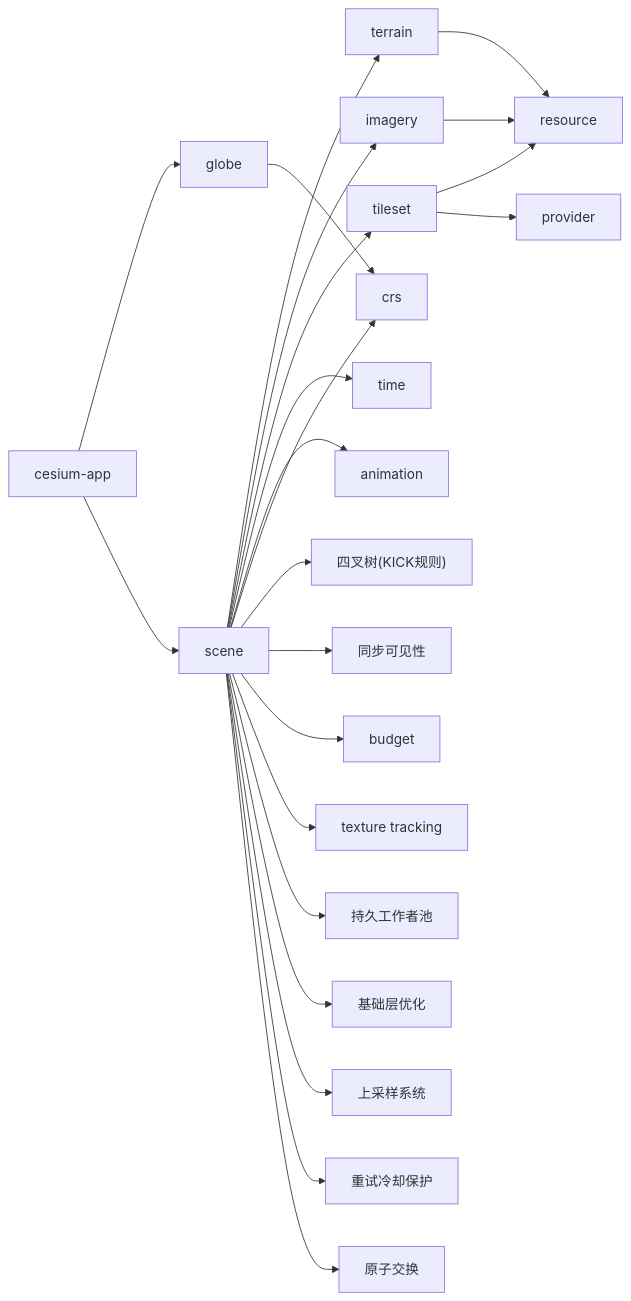
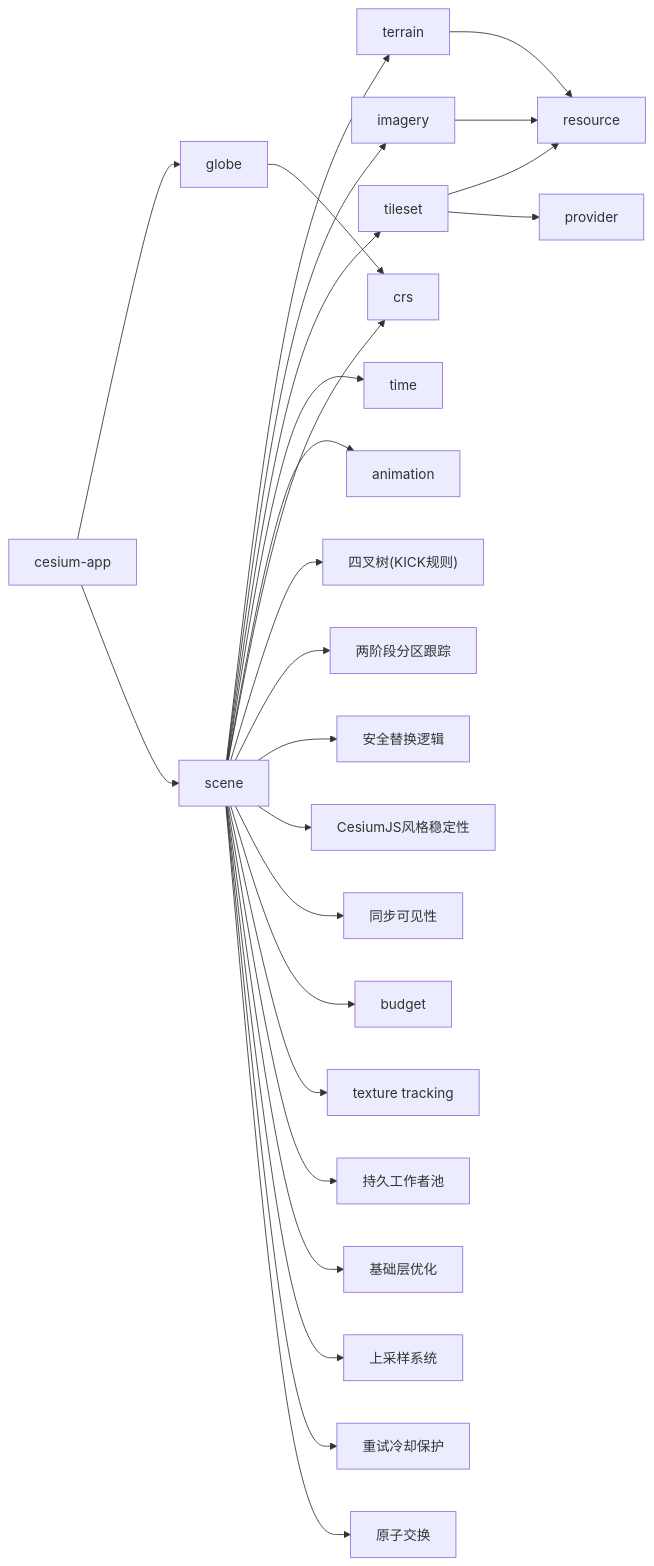
Diagram 25 of 25 in .qoder/repowiki/zh/content/核心概念/渲染管线与场景图/动态地球渲染系统.md (rzhangjing/cesium), drawn with Mermaid before and after one commit. The commit also changed other lines of this file and 407 other files, not shown here.

````diff
--- a/.qoder/repowiki/zh/content/核心概念/渲染管线与场景图/动态地球渲染系统.md
+++ b/.qoder/repowiki/zh/content/核心概念/渲染管线与场景图/动态地球渲染系统.md
@@ -859,25 +965,28 @@
 ```mermaid
 graph LR
 App["cesium-app"] --> DomainGlobe["globe"]
 App --> DomainScene["scene"]
 DomainScene --> DomainTerrain["terrain"]
 DomainScene --> DomainImagery["imagery"]
 DomainScene --> DomainTileset["tileset"]
 DomainScene --> DomainTime["time"]
 DomainScene --> DomainAnimation["animation"]
 DomainScene --> DomainCRS["crs"]
 DomainTileset --> DomainResource["resource"]
 DomainTileset --> DomainProvider["provider"]
 DomainTerrain --> DomainResource
 DomainImagery --> DomainResource
 DomainGlobe --> DomainCRS
 DomainScene --> DomainQuadtree["四叉树(KICK规则)"]
+DomainScene --> DomainTwoPhase["两阶段分区跟踪"]
+DomainScene --> DomainSafeReplace["安全替换逻辑"]
+DomainScene --> DomainCesiumStyle["CesiumJS风格稳定性"]
 DomainScene --> DomainSyncVis["同步可见性"]
 DomainScene --> DomainBudget["budget"]
 DomainScene --> DomainTextureTrack["texture tracking"]
 DomainScene --> DomainDownloadSys["持久工作者池"]
 DomainScene --> DomainBaseLayer["基础层优化"]
 DomainScene --> DomainUpsampleSys["上采样系统"]
 DomainScene --> DomainRetryCool["重试冷却保护"]
 DomainScene --> DomainAtomicSwap["原子交换"]
 ```
````
